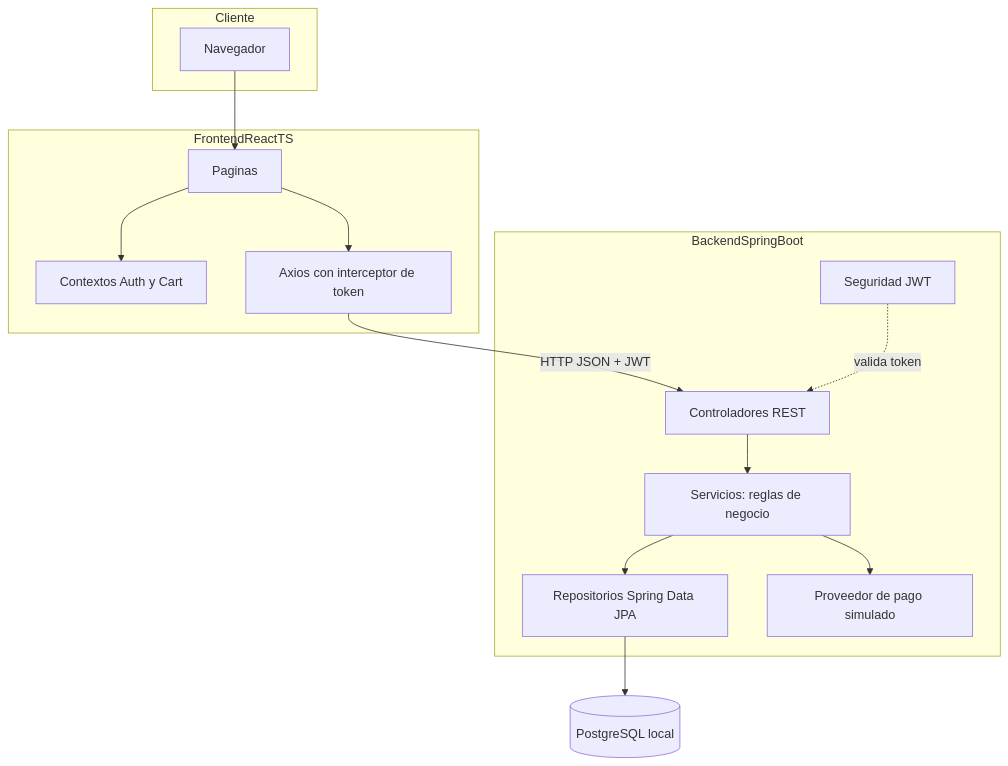
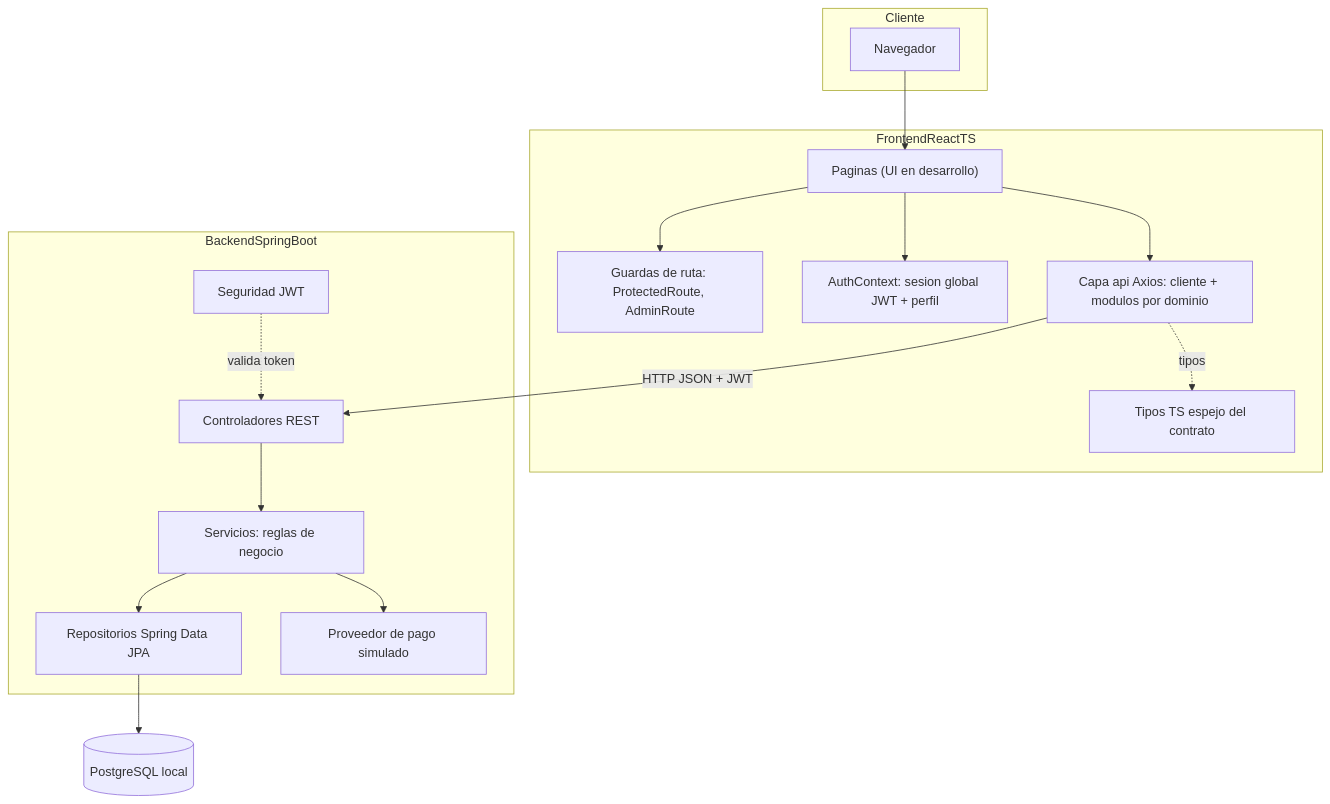
Before and after one commit to ShryhakAkizuki/Arquitectura_E-commerce_Ingesoft-II: the first of 3 diagrams in docs/arquitectura.md, drawn with Mermaid. The commit also changed other lines of this file and 32 other files, not shown here.

Commit message:
Frontend: base SPA (React + TypeScript + Vite) con capa de datos Axios por dominio, sesión global JWT, guardas de ruta y navegación por sesión, y documentación

````diff
--- a/docs/arquitectura.md
+++ b/docs/arquitectura.md
@@ -31,32 +31,36 @@
 ```mermaid
 flowchart TB
     subgraph Cliente
         B[Navegador]
     end
 
     subgraph FrontendReactTS
-        P[Paginas]
-        C[Contextos Auth y Cart]
-        A[Axios con interceptor de token]
+        P["Paginas (UI en desarrollo)"]
+        G["Guardas de ruta: ProtectedRoute, AdminRoute"]
+        C["AuthContext: sesion global JWT + perfil"]
+        A["Capa api Axios: cliente + modulos por dominio"]
+        T["Tipos TS espejo del contrato"]
     end
 
     subgraph BackendSpringBoot
         CTRL[Controladores REST]
         SVC[Servicios: reglas de negocio]
         REPO[Repositorios Spring Data JPA]
         SEC[Seguridad JWT]
         PAY[Proveedor de pago simulado]
     end
 
     DB[(PostgreSQL local)]
 
     B --> P
+    P --> G
     P --> C
     P --> A
+    A -. tipos .-> T
     A -- HTTP JSON + JWT --> CTRL
     CTRL --> SVC
     SVC --> REPO
     SVC --> PAY
     SEC -. valida token .-> CTRL
     REPO --> DB
 ```
````
